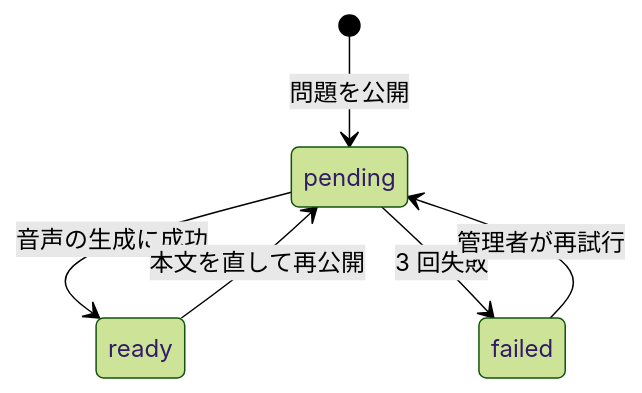
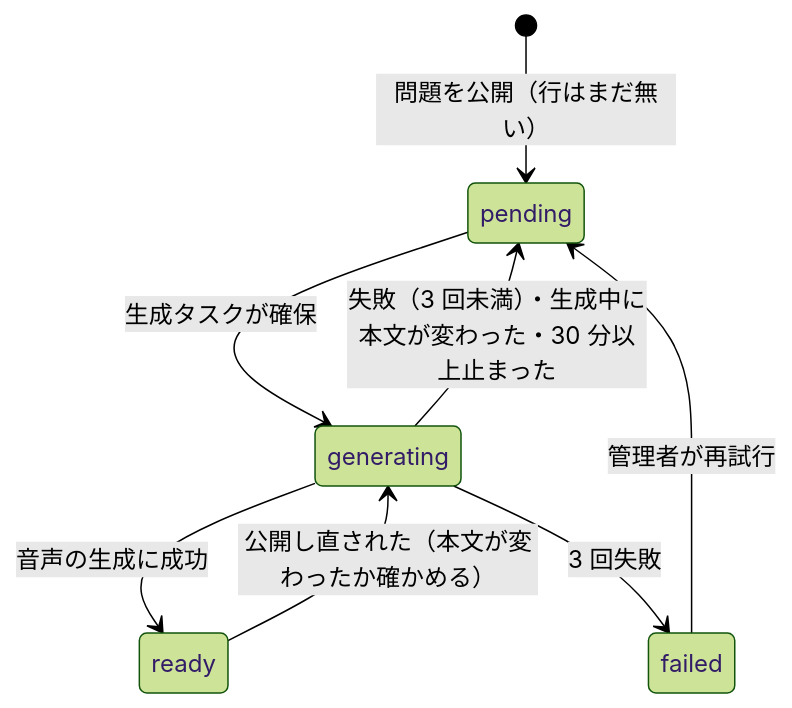
One commit to kentakki416/tech-english changed the first of 3 diagrams in docs/spec/read-aloud/README.md. Above: the diagram before and after it, drawn with Mermaid (forest theme). The commit also changed other lines of this file and 6 other files, not shown here.

````diff
--- a/docs/spec/read-aloud/README.md
+++ b/docs/spec/read-aloud/README.md
@@ -108,8 +108,10 @@
 ```mermaid
 stateDiagram-v2
-    [*] --> pending: 問題を公開
-    pending --> ready: 音声の生成に成功
-    pending --> failed: 3 回失敗
+    [*] --> pending: 問題を公開（行はまだ無い）
+    pending --> generating: 生成タスクが確保
+    generating --> ready: 音声の生成に成功
+    generating --> pending: 失敗（3 回未満）・生成中に本文が変わった・30 分以上止まった
+    generating --> failed: 3 回失敗
     failed --> pending: 管理者が再試行
-    ready --> pending: 本文を直して再公開
+    ready --> generating: 公開し直された（本文が変わったか確かめる）
 ```
````
